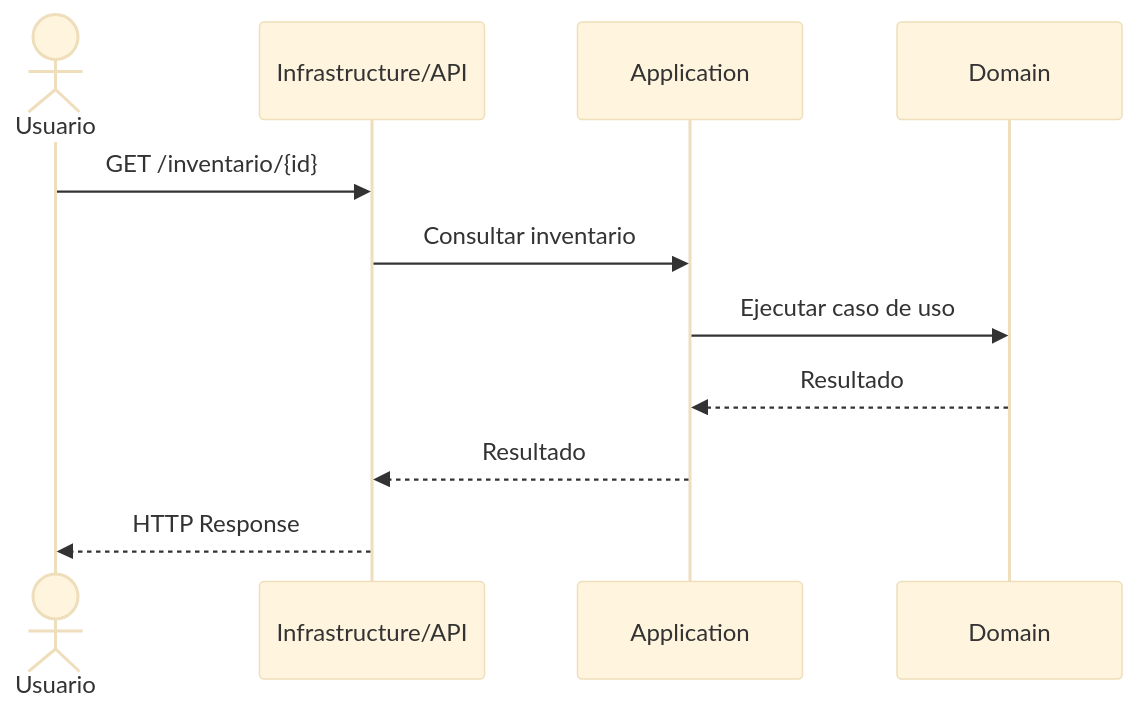
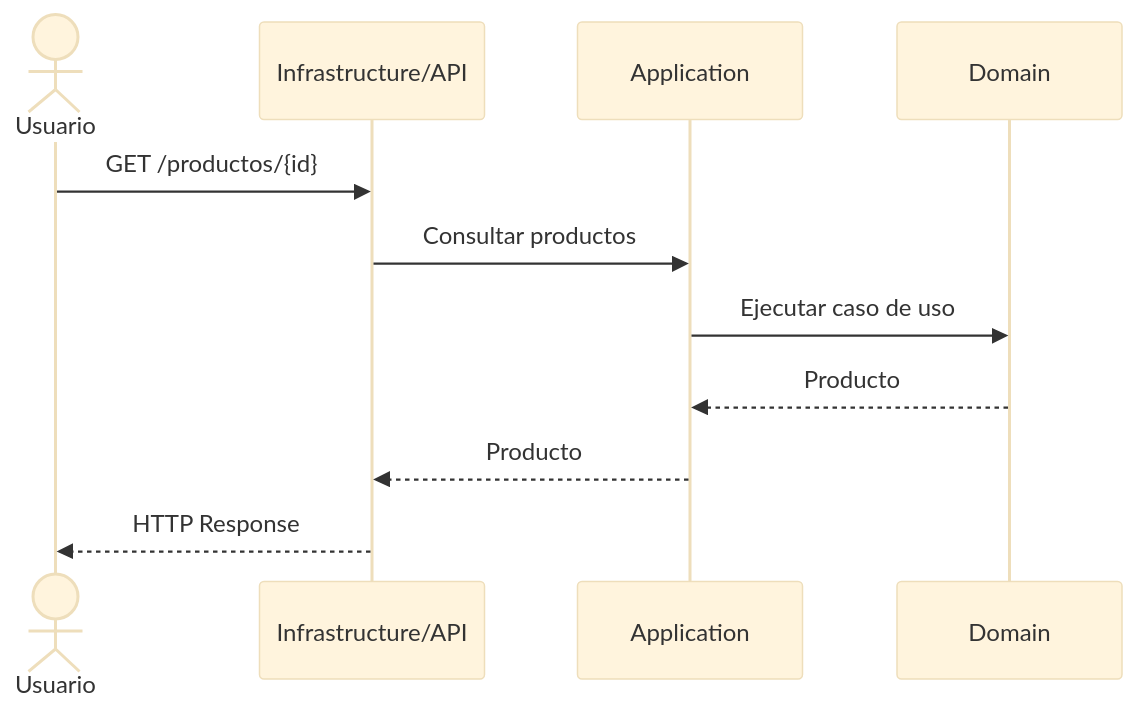
Before and after one commit to ISCOUTB/AS_202620_InvenTrack: the fourth of 7 diagrams in docs/arc42/arc42-template-EN.md, drawn with Mermaid (base theme). The commit also changed other lines of this file, not shown here.

````diff
--- a/docs/arc42/arc42-template-EN.md
+++ b/docs/arc42/arc42-template-EN.md
@@ -361,20 +362,20 @@
 ```mermaid
 sequenceDiagram
 
     actor U as Usuario
     participant API as Infrastructure/API
     participant APP as Application
     participant DOM as Domain
 
-    U->>API: GET /inventario/{id}
+    U->>API: GET /productos/{id}
 
-    API->>APP: Consultar inventario
+    API->>APP: Consultar productos
 
     APP->>DOM: Ejecutar caso de uso
 
-    DOM-->>APP: Resultado
+    DOM-->>APP: Producto
 
-    APP-->>API: Resultado
+    APP-->>API: Producto
 
     API-->>U: HTTP Response
 ```
````
